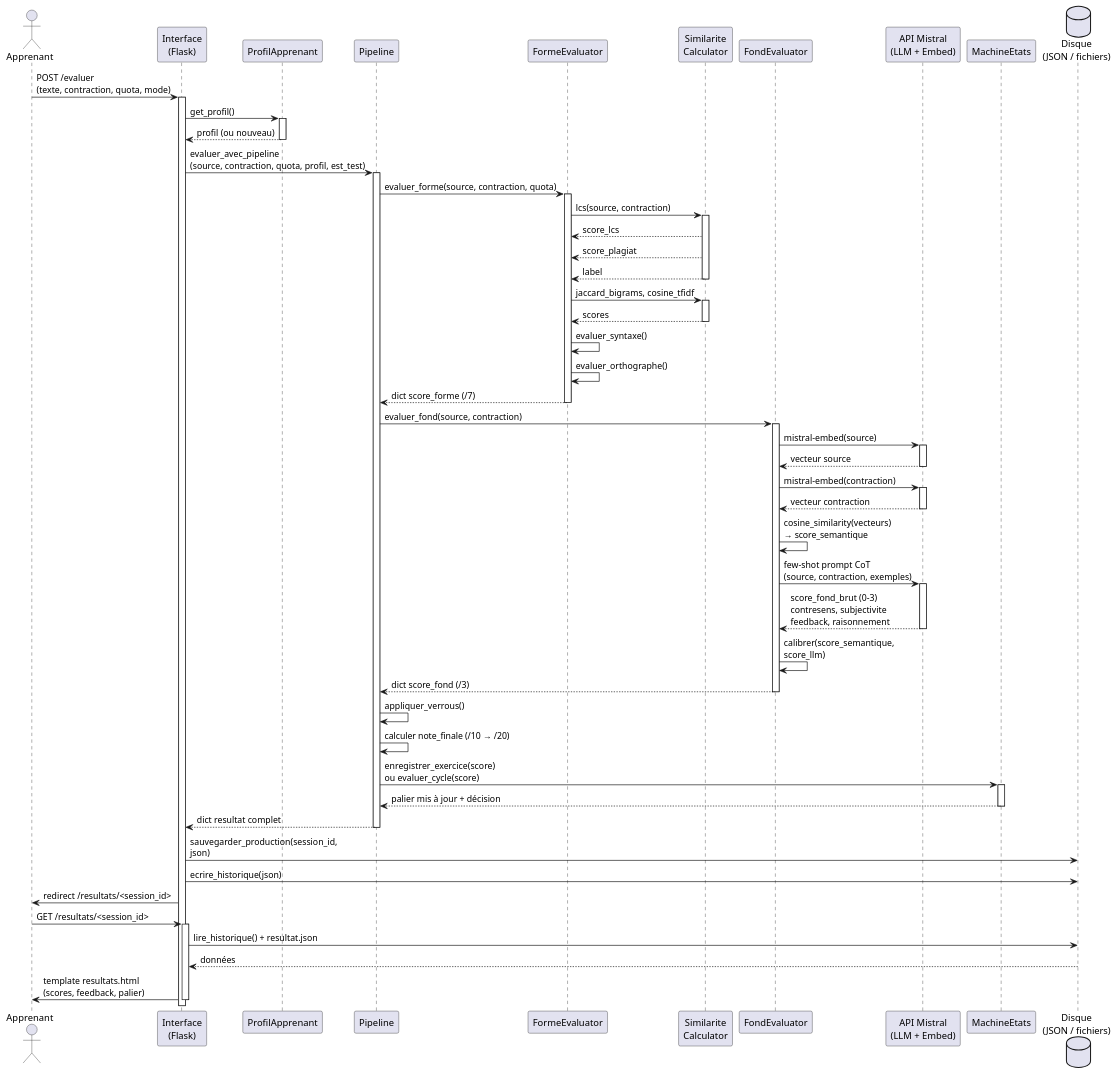
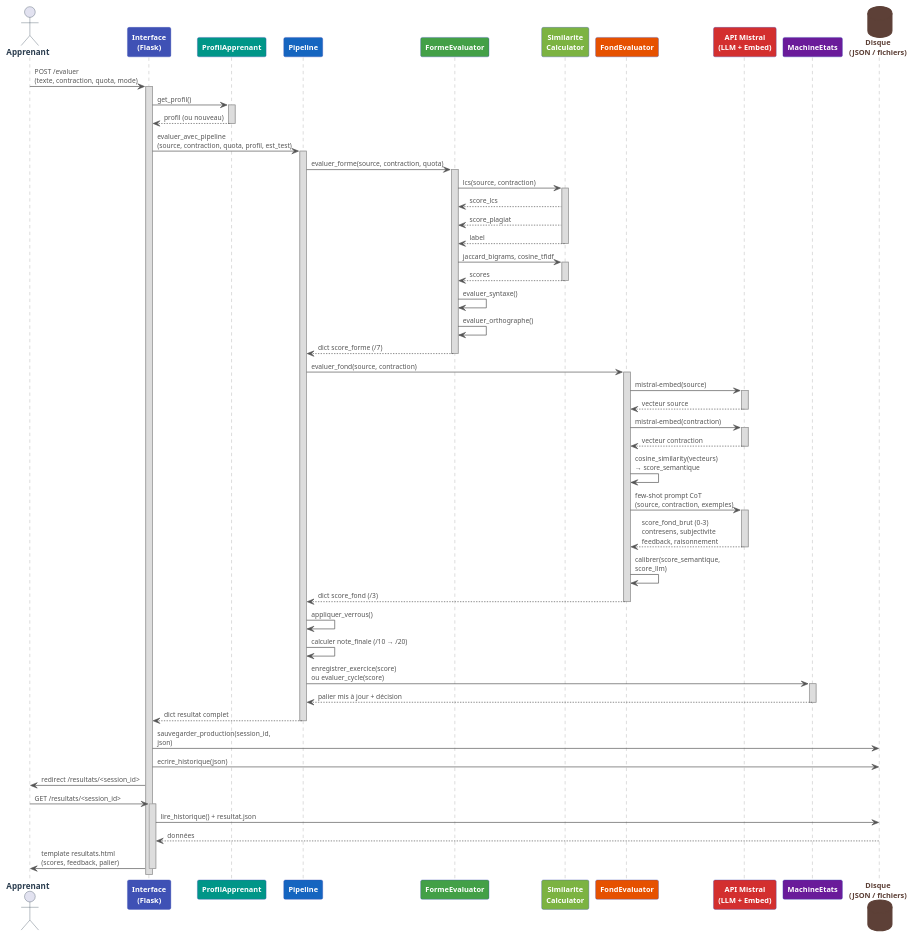
One commit to Shado-Jony/AZIZA_contraction_de_texte changed the diagram in docs/diagrams/sequence_evaluation.puml. Above: the diagram before and after it, drawn with PlantUML. The commit also changed 1 other file, not shown here.

Commit message:
style: couleurs professionnelles sur le diagramme de séquence

```diff
--- a/docs/diagrams/sequence_evaluation.puml
+++ b/docs/diagrams/sequence_evaluation.puml
@@ -1,90 +1,123 @@
 @startuml
+skinparam backgroundColor transparent
+skinparam defaultTextColor #333333
+
+skinparam actor {
+  BorderColor #2C3E50
+  FontColor #2C3E50
+  FontSize 12
+  FontStyle bold
+}
+
+skinparam participant {
+  BorderColor #3F51B5
+  FontColor #ffffff
+  FontSize 11
+  FontStyle bold
+}
+
+skinparam database {
+  BorderColor #5D4037
+  BackgroundColor #EFEBE9
+  FontColor #5D4037
+  FontSize 11
+  FontStyle bold
+}
+
+skinparam sequence {
+  ArrowColor #555555
+  ArrowFontColor #555555
+  ArrowFontSize 10
+  LifeLineBorderColor #999999
+  LifeLineBackgroundColor #dddddd
+}
+
 actor Apprenant as A
-participant "Interface\n(Flask)" as UI
-participant "ProfilApprenant" as PA
-participant "Pipeline" as PL
-participant "FormeEvaluator" as FE
-participant "Similarite\nCalculator" as SC
-participant "FondEvaluator" as FD
-participant "API Mistral\n(LLM + Embed)" as M
-participant "MachineEtats" as ME
-database "Disque\n(JSON / fichiers)" as FS
+participant "Interface\n(Flask)" as UI #3F51B5
+participant "ProfilApprenant" as PA #009688
+participant "Pipeline" as PL #1565C0
+participant "FormeEvaluator" as FE #43A047
+participant "Similarite\nCalculator" as SC #7CB342
+participant "FondEvaluator" as FD #E65100
+participant "API Mistral\n(LLM + Embed)" as M #D32F2F
+participant "MachineEtats" as ME #6A1B9A
+database "Disque\n(JSON / fichiers)" as FS #5D4037
 
 A -> UI : POST /evaluer\n(texte, contraction, quota, mode)
 activate UI
 
 UI -> PA : get_profil()
 activate PA
 PA --> UI : profil (ou nouveau)
 deactivate PA
 
 UI -> PL : evaluer_avec_pipeline\n(source, contraction, quota, profil, est_test)
 activate PL
 
 PL -> FE : evaluer_forme(source, contraction, quota)
 activate FE
 
 FE -> SC : lcs(source, contraction)
 activate SC
 SC --> FE : score_lcs
 SC --> FE : score_plagiat
 SC --> FE : label
 deactivate SC
 
 FE -> SC : jaccard_bigrams, cosine_tfidf
 activate SC
 SC --> FE : scores
 deactivate SC
 
 FE -> FE : evaluer_syntaxe()
 FE -> FE : evaluer_orthographe()
 FE --> PL : dict score_forme (/7)
 deactivate FE
 
 PL -> FD : evaluer_fond(source, contraction)
 activate FD
 
 FD -> M : mistral-embed(source)
 activate M
 M --> FD : vecteur source
 deactivate M
 
 FD -> M : mistral-embed(contraction)
 activate M
 M --> FD : vecteur contraction
 deactivate M
 
 FD -> FD : cosine_similarity(vecteurs)\n→ score_semantique
 
 FD -> M : few-shot prompt CoT\n(source, contraction, exemples)
 activate M
 M --> FD : score_fond_brut (0-3)\ncontresens, subjectivite\nfeedback, raisonnement
 deactivate M
 
 FD -> FD : calibrer(score_semantique,\nscore_llm)
 FD --> PL : dict score_fond (/3)
 deactivate FD
 
 PL -> PL : appliquer_verrous()
 PL -> PL : calculer note_finale (/10 → /20)
 
 PL -> ME : enregistrer_exercice(score)\nou evaluer_cycle(score)
 activate ME
 ME --> PL : palier mis à jour + décision
 deactivate ME
 
 PL --> UI : dict resultat complet
 deactivate PL
 
 UI -> FS : sauvegarder_production(session_id,\njson)
 UI -> FS : ecrire_historique(json)
 UI -> A : redirect /resultats/<session_id>
 
 A -> UI : GET /resultats/<session_id>
 activate UI
 UI -> FS : lire_historique() + resultat.json
 FS --> UI : données
 UI -> A : template resultats.html\n(scores, feedback, palier)
 deactivate UI
 
 @enduml
```
